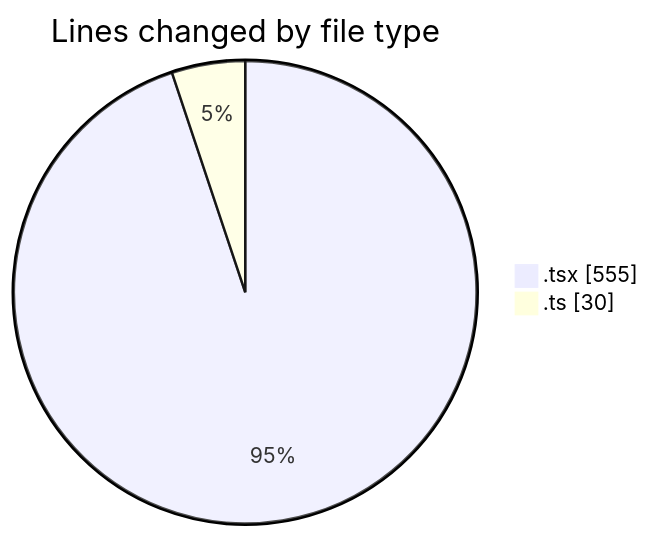
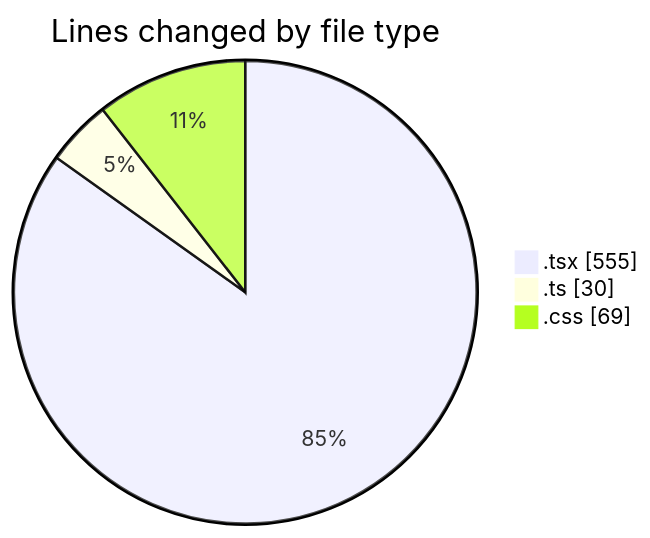
Before and after one commit to robertbonfada/code-tracking: the first of 2 diagrams in 2025-01-17/nre-mbc-frontend/README.md, drawn with Mermaid. The commit also changed other lines of this file and 2 other files, not shown here.

````diff
--- a/2025-01-17/nre-mbc-frontend/README.md
+++ b/2025-01-17/nre-mbc-frontend/README.md
@@ -21,6 +22,7 @@
 ```mermaid
 pie showData
 title Lines changed by file type
 ".tsx" : 555
 ".ts" : 30
+".css" : 69
 ```
````
